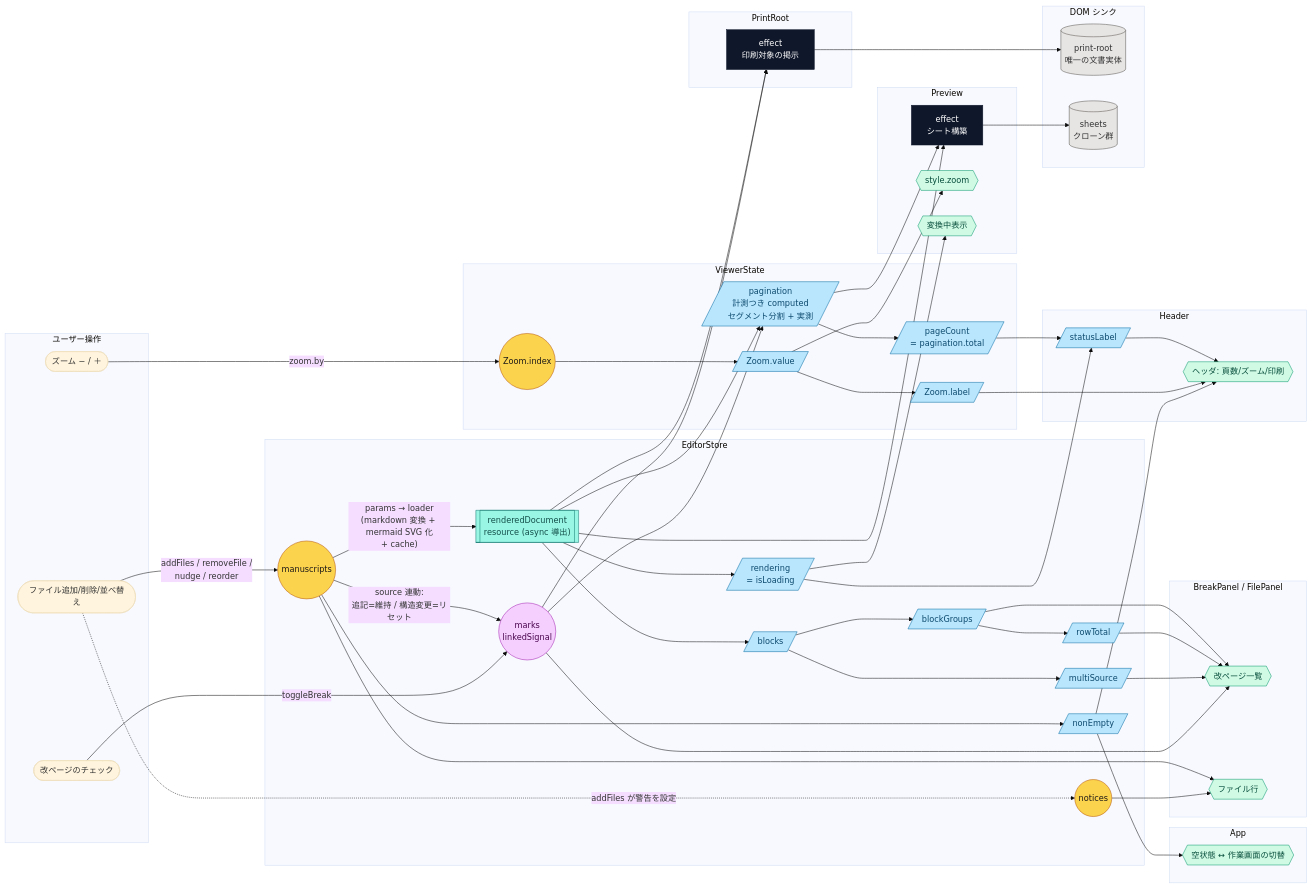
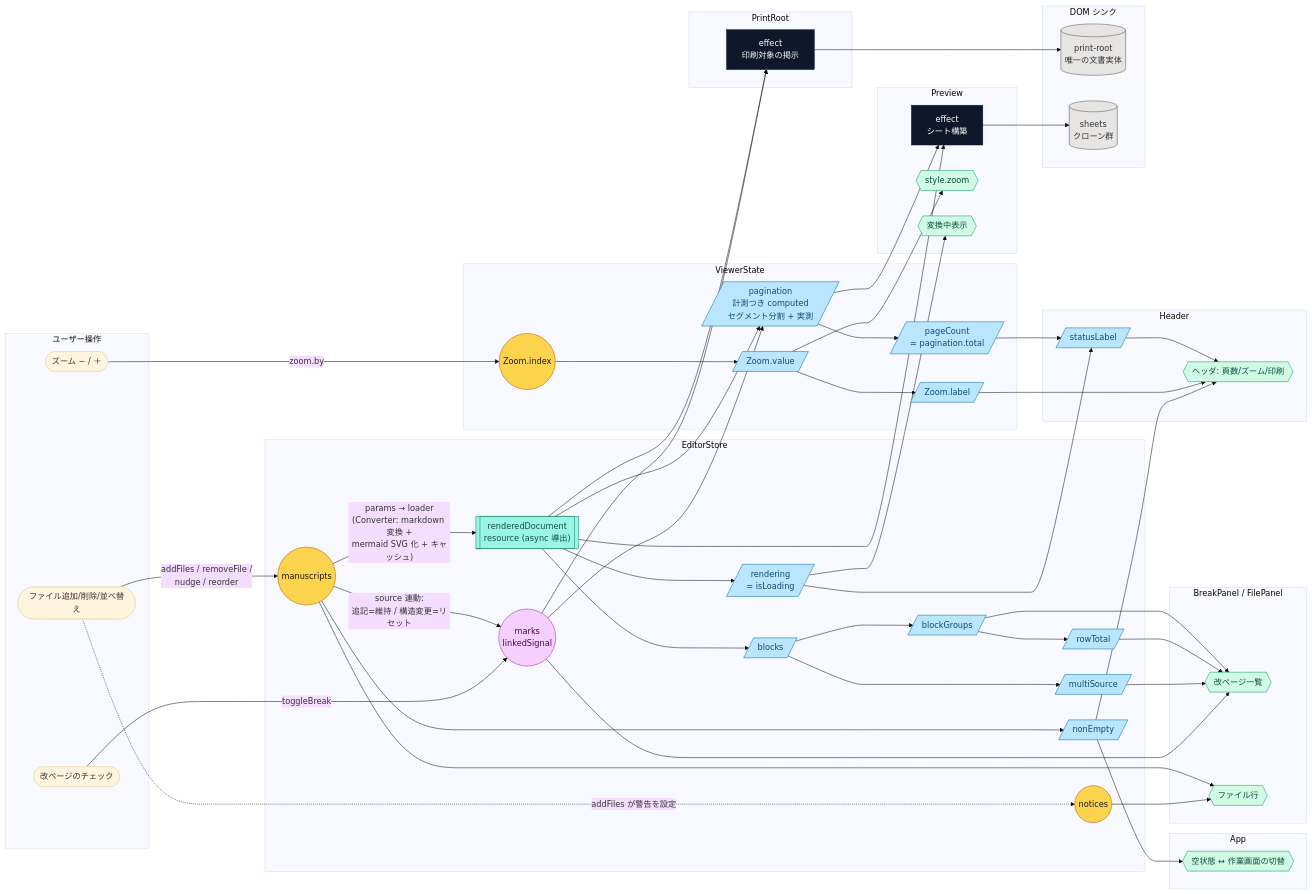
Before and after one commit to lacolaco/printmd: the diagram in docs/signal-graph.md, drawn with Mermaid (base theme). The commit also changed other lines of this file and 78 other files, not shown here.

```diff
--- a/docs/signal-graph.md
+++ b/docs/signal-graph.md
@@ -71,7 +72,7 @@
   A2 -- toggleBreak --> S2
   A3 -- zoom.by --> V1
 
-  S1 -- "params → loader<br/>(markdown 変換 + mermaid SVG 化<br/>+ cache)" --> S4
+  S1 -- "params → loader<br/>(Converter: markdown 変換 +<br/>mermaid SVG 化 + キャッシュ)" --> S4
   S4 --> S3
   A1 -. "addFiles が警告を設定" .-> S5
 
```
